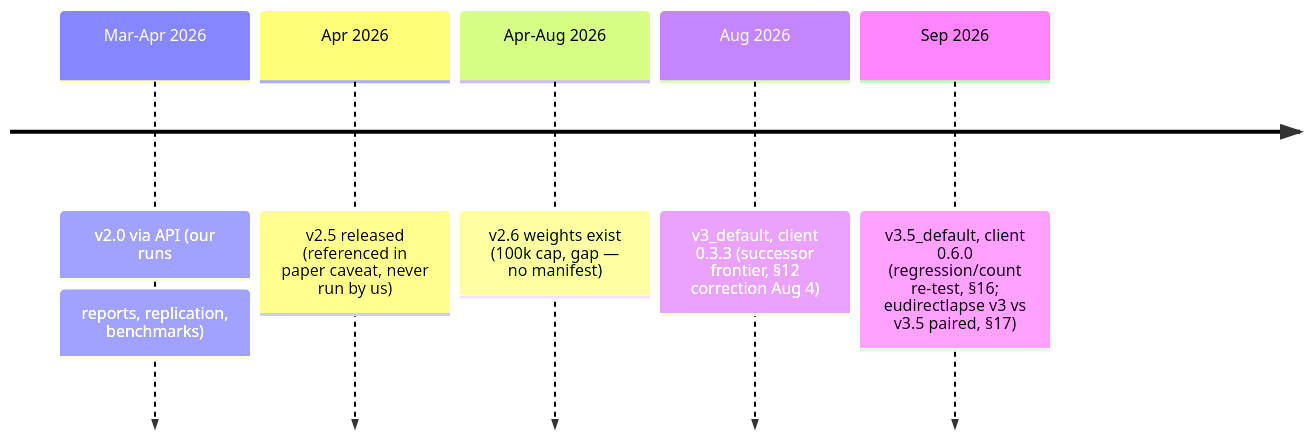
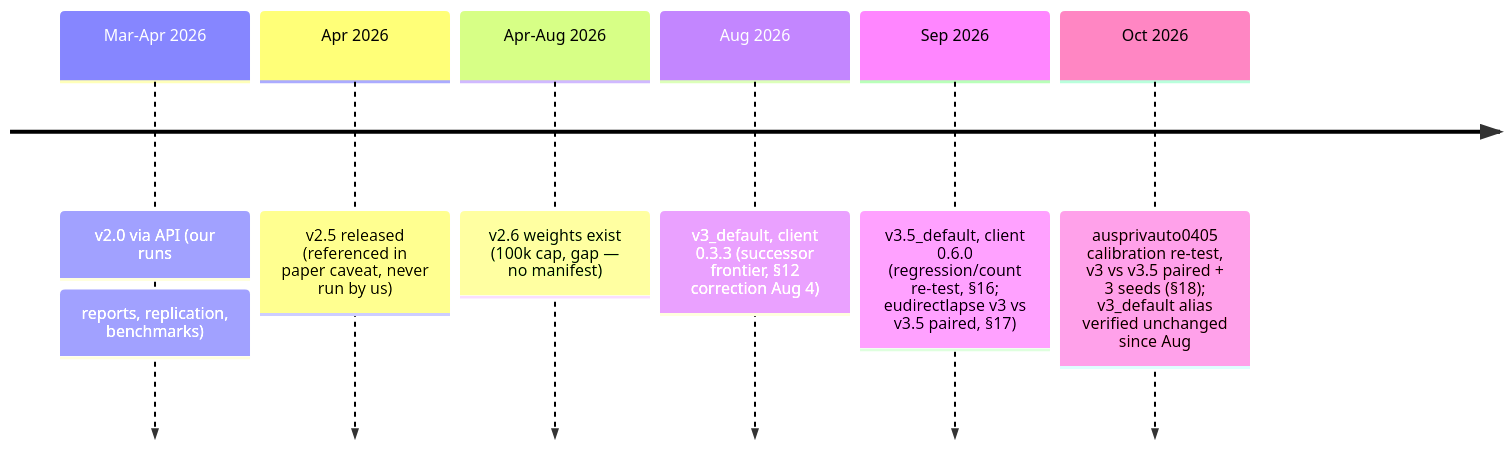
The diagram in docs/MODEL_VERSIONS.md (IFoA-ADSWP/tabular-foundation-model), drawn with Mermaid before and after one commit. The commit also changed other lines of this file and 26 other files, not shown here.

First line of the commit message:
feat: Tier 3 re-test — ausprivauto0405 calibration exception does not hold on v3.5 (#186)

````diff
--- a/docs/MODEL_VERSIONS.md
+++ b/docs/MODEL_VERSIONS.md
@@ -23,8 +24,9 @@
 ```mermaid
 timeline
     Mar-Apr 2026 : v2.0 via API (our runs: reports, replication, benchmarks)
     Apr 2026 : v2.5 released (referenced in paper caveat, never run by us)
     Apr-Aug 2026 : v2.6 weights exist (100k cap, gap — no manifest)
     Aug 2026 : v3_default, client 0.3.3 (successor frontier, §12 correction Aug 4)
     Sep 2026 : v3.5_default, client 0.6.0 (regression/count re-test, §16; eudirectlapse v3 vs v3.5 paired, §17)
+    Oct 2026 : ausprivauto0405 calibration re-test, v3 vs v3.5 paired + 3 seeds (§18); v3_default alias verified unchanged since Aug
 ```
````
